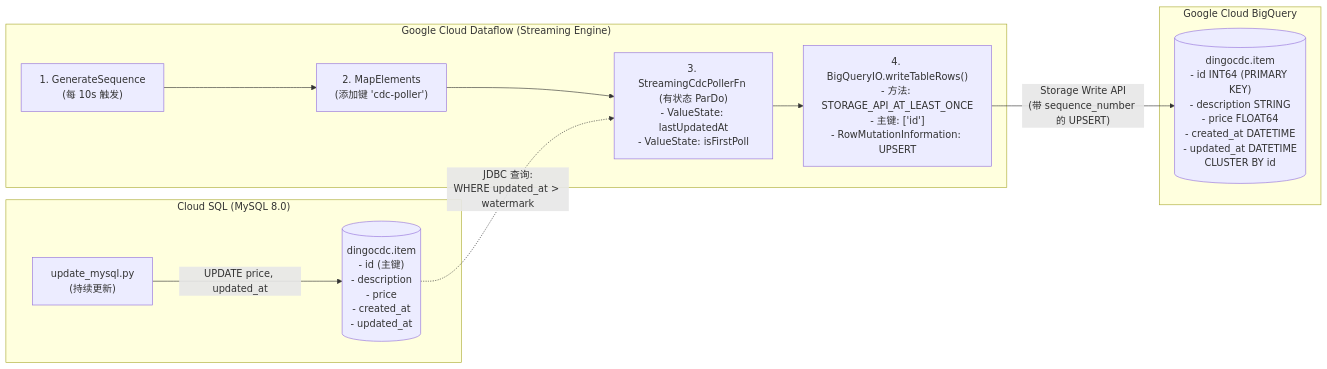
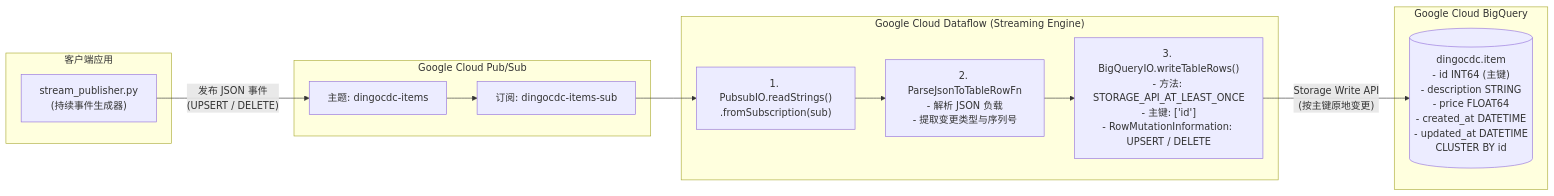
The first of 2 diagrams in README_cn.md (cloudymoma/bqcdc), drawn with Mermaid before and after one commit. The commit also changed other lines of this file and 15 other files, not shown here.

Commit message:
feat: initial checkin for Pubsub to BigQuery Demo

````diff
--- a/README_cn.md
+++ b/README_cn.md
@@ -15,24 +13,28 @@
 ```mermaid
 flowchart LR
-    subgraph MySQL["Cloud SQL (MySQL 8.0)"]
-        SourceTable[("dingocdc.item\n- id (主键)\n- description\n- price\n- created_at\n- updated_at")]
-        Updater["update_mysql.py\n(持续更新)"]
-        Updater -->|"UPDATE price, updated_at"| SourceTable
+    subgraph Client["客户端应用"]
+        Generator["stream_publisher.py\n(持续事件生成器)"]
+    end
+
+    subgraph PubSub["Google Cloud Pub/Sub"]
+        Topic["主题: dingocdc-items"]
+        Sub["订阅: dingocdc-items-sub"]
+        Topic --> Sub
     end
 
     subgraph Dataflow["Google Cloud Dataflow (Streaming Engine)"]
-        Trigger["1. GenerateSequence\n(每 10s 触发)"]
-        Keying["2. MapElements\n(添加键 'cdc-poller')"]
-        Poller["3. StreamingCdcPollerFn (有状态 ParDo)\n- ValueState: lastUpdatedAt\n- ValueState: isFirstPoll"]
-        BQWriter["4. BigQueryIO.writeTableRows()\n- 方法: STORAGE_API_AT_LEAST_ONCE\n- 主键: ['id']\n- RowMutationInformation: UPSERT"]
-        
-        Trigger --> Keying --> Poller --> BQWriter
+        Source["1. PubsubIO.readStrings()\n.fromSubscription(sub)"]
+        Parser["2. ParseJsonToTableRowFn\n- 解析 JSON 负载\n- 提取变更类型与序列号"]
+        BQWriter["3. BigQueryIO.writeTableRows()\n- 方法: STORAGE_API_AT_LEAST_ONCE\n- 主键: ['id']\n- RowMutationInformation: UPSERT / DELETE"]
+
+        Source --> Parser --> BQWriter
     end
 
     subgraph BigQuery["Google Cloud BigQuery"]
-        TargetTable[("dingocdc.item\n- id INT64 (PRIMARY KEY)\n- description STRING\n- price FLOAT64\n- created_at DATETIME\n- updated_at DATETIME\nCLUSTER BY id")]
+        TargetTable[("dingocdc.item\n- id INT64 (主键)\n- description STRING\n- price FLOAT64\n- created_at DATETIME\n- updated_at DATETIME\nCLUSTER BY id")]
     end
 
-    SourceTable -.->|"JDBC 查询:\nWHERE updated_at > watermark"| Poller
-    BQWriter -->|"Storage Write API\n(带 sequence_number 的 UPSERT)"| TargetTable
+    Generator -->|"发布 JSON 事件\n(UPSERT / DELETE)"| Topic
+    Sub --> Source
+    BQWriter -->|"Storage Write API\n(按主键原地变更)"| TargetTable
 ```
````
